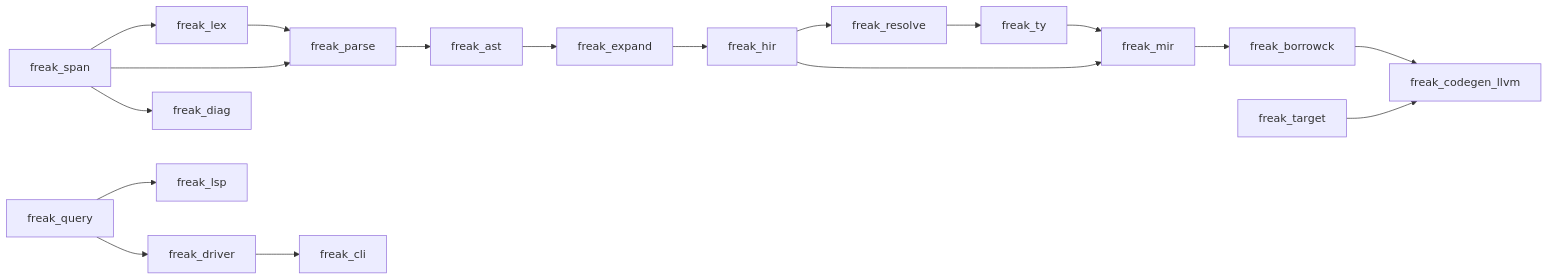
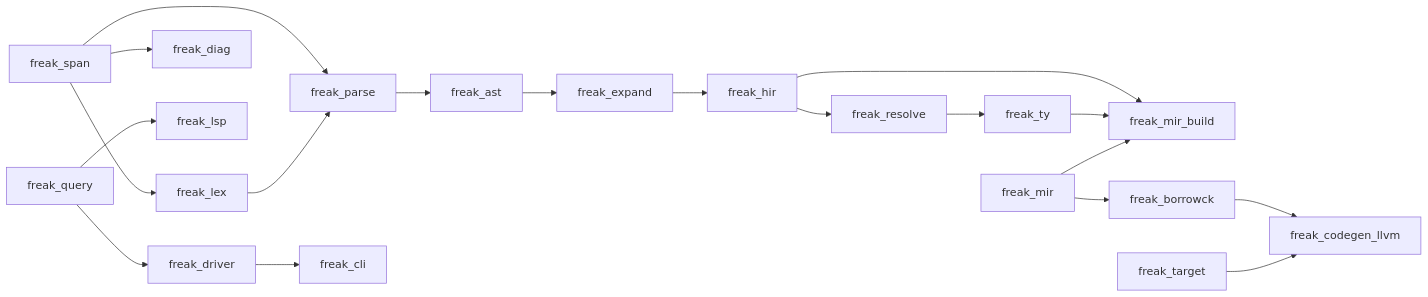
Before and after one commit to FREAK-lang-dev/Freak-lang: the second of 5 diagrams in freakc-v4-00-unit-architecture.md, drawn with Mermaid. The commit also changed other lines of this file and 7 other files, not shown here.

````diff
--- a/freakc-v4-00-unit-architecture.md
+++ b/freakc-v4-00-unit-architecture.md
@@ -1014,20 +1017,21 @@
 ```mermaid
 flowchart LR
     Span["freak_span"] --> Lex["freak_lex"]
     Span --> Parse["freak_parse"]
     Span --> Diag["freak_diag"]
     Lex --> Parse
     Parse --> Ast["freak_ast"]
     Ast --> Expand["freak_expand"]
     Expand --> Hir["freak_hir"]
     Hir --> Resolve["freak_resolve"]
     Resolve --> Ty["freak_ty"]
-    Hir --> Mir["freak_mir"]
-    Ty --> Mir
+    Hir --> MirBuild["freak_mir_build"]
+    Ty --> MirBuild
+    Mir["freak_mir"] --> MirBuild
     Mir --> Borrow["freak_borrowck"]
     Borrow --> Codegen["freak_codegen_llvm"]
     Target["freak_target"] --> Codegen
     Query["freak_query"] --> Lsp["freak_lsp"]
     Query --> Driver["freak_driver"]
     Driver --> Cli["freak_cli"]
 ```
````
